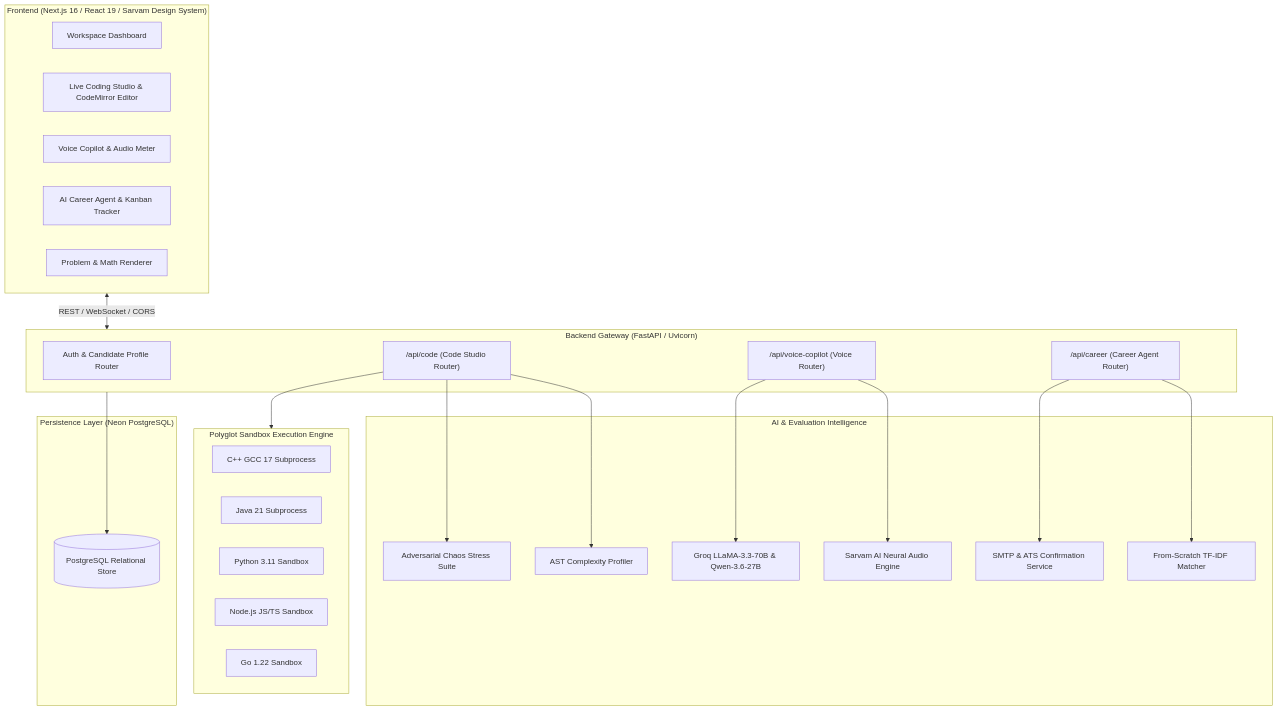
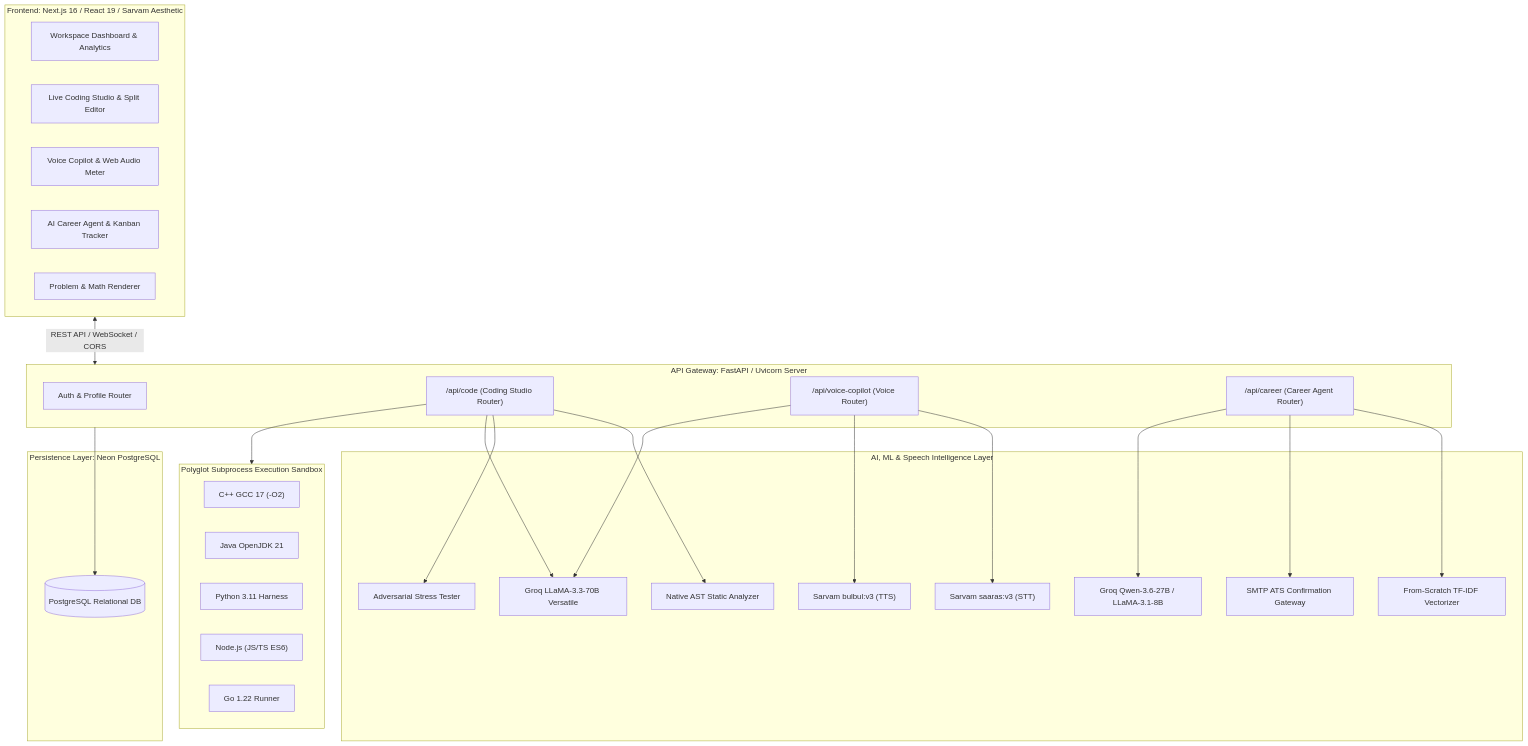
Before and after one commit to ApurveKaranwal/PrepAI: the first of 3 diagrams in README.md, drawn with Mermaid. The commit also changed other lines of this file, not shown here.

Commit message:
docs: comprehensive in-depth rewrite of README.md with models, polyglot sandbox architecture, AST radar, and API reference

````diff
--- a/README.md
+++ b/README.md
@@ -27,48 +57,53 @@
 ```mermaid
 flowchart TB
-    subgraph Client ["Frontend (Next.js 16 / React 19 / Sarvam Design System)"]
-        UI[Workspace Dashboard]
-        LCS[Live Coding Studio & CodeMirror Editor]
-        VC[Voice Copilot & Audio Meter]
+    subgraph Client ["Frontend: Next.js 16 / React 19 / Sarvam Aesthetic"]
+        UI[Workspace Dashboard & Analytics]
+        LCS[Live Coding Studio & Split Editor]
+        VC[Voice Copilot & Web Audio Meter]
         CA[AI Career Agent & Kanban Tracker]
         PR[Problem & Math Renderer]
     end
 
-    subgraph API ["Backend Gateway (FastAPI / Uvicorn)"]
-        AUTH[Auth & Candidate Profile Router]
-        CODE_ROUTER["/api/code (Code Studio Router)"]
+    subgraph Gateway ["API Gateway: FastAPI / Uvicorn Server"]
+        AUTH[Auth & Profile Router]
+        CODE_ROUTER["/api/code (Coding Studio Router)"]
         VOICE_ROUTER["/api/voice-copilot (Voice Router)"]
         CAREER_ROUTER["/api/career (Career Agent Router)"]
     end
 
-    subgraph Execution ["Polyglot Sandbox Execution Engine"]
-        CPP_RUNNER["C++ GCC 17 Subprocess"]
-        JAVA_RUNNER["Java 21 Subprocess"]
-        PY_RUNNER["Python 3.11 Sandbox"]
-        NODE_RUNNER["Node.js JS/TS Sandbox"]
-        GO_RUNNER["Go 1.22 Sandbox"]
+    subgraph Sandbox ["Polyglot Subprocess Execution Sandbox"]
+        CPP["C++ GCC 17 (-O2)"]
+        JAVA["Java OpenJDK 21"]
+        PY["Python 3.11 Harness"]
+        NODE["Node.js (JS/TS ES6)"]
+        GO["Go 1.22 Runner"]
     end
 
-    subgraph Intelligence ["AI & Evaluation Intelligence"]
-        GROQ[Groq LLaMA-3.3-70B & Qwen-3.6-27B]
-        AST[AST Complexity Profiler]
-        CHAOS[Adversarial Chaos Stress Suite]
-        SARVAM[Sarvam AI Neural Audio Engine]
-        TFIDF[From-Scratch TF-IDF Matcher]
-        EMAIL[SMTP & ATS Confirmation Service]
+    subgraph AI_Engines ["AI, ML & Speech Intelligence Layer"]
+        GROQ_HEAVY["Groq LLaMA-3.3-70B Versatile"]
+        GROQ_LIGHT["Groq Qwen-3.6-27B / LLaMA-3.1-8B"]
+        SARVAM_STT["Sarvam saaras:v3 (STT)"]
+        SARVAM_TTS["Sarvam bulbul:v3 (TTS)"]
+        AST_ANALYZER["Native AST Static Analyzer"]
+        CHAOS_ENGINE["Adversarial Stress Tester"]
+        TFIDF["From-Scratch TF-IDF Vectorizer"]
+        EMAIL_SVC["SMTP ATS Confirmation Gateway"]
     end
 
-    subgraph Storage ["Persistence Layer (Neon PostgreSQL)"]
-        DB[(PostgreSQL Relational Store)]
+    subgraph Storage ["Persistence Layer: Neon PostgreSQL"]
+        PG[(PostgreSQL Relational DB)]
     end
 
-    Client <-->|REST / WebSocket / CORS| API
-    CODE_ROUTER --> Execution
-    CODE_ROUTER --> AST
-    CODE_ROUTER --> CHAOS
-    VOICE_ROUTER --> SARVAM
-    VOICE_ROUTER --> GROQ
+    Client <-->|REST API / WebSocket / CORS| Gateway
+    CODE_ROUTER --> Sandbox
+    CODE_ROUTER --> AST_ANALYZER
+    CODE_ROUTER --> CHAOS_ENGINE
+    CODE_ROUTER --> GROQ_HEAVY
+    VOICE_ROUTER --> SARVAM_STT
+    VOICE_ROUTER --> SARVAM_TTS
+    VOICE_ROUTER --> GROQ_HEAVY
     CAREER_ROUTER --> TFIDF
-    CAREER_ROUTER --> EMAIL
-    API --> DB
+    CAREER_ROUTER --> EMAIL_SVC
+    CAREER_ROUTER --> GROQ_LIGHT
+    Gateway --> PG
 ```
````
